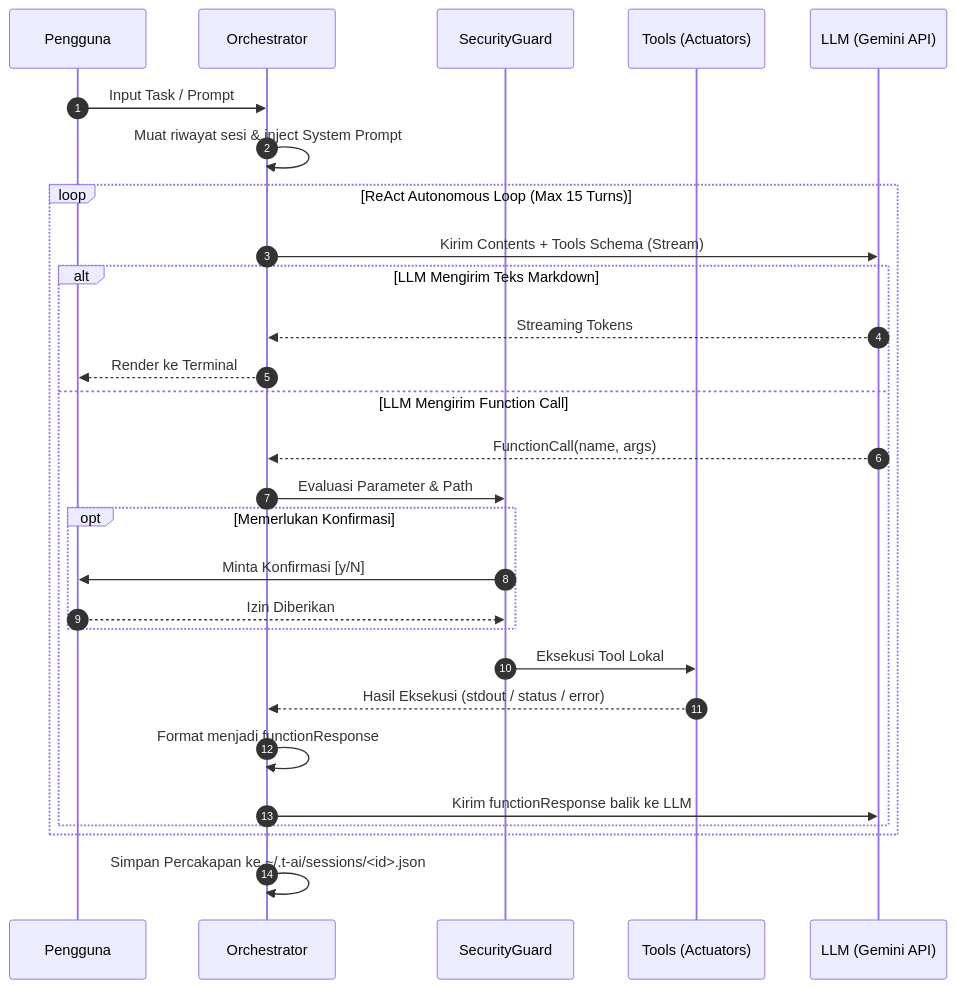
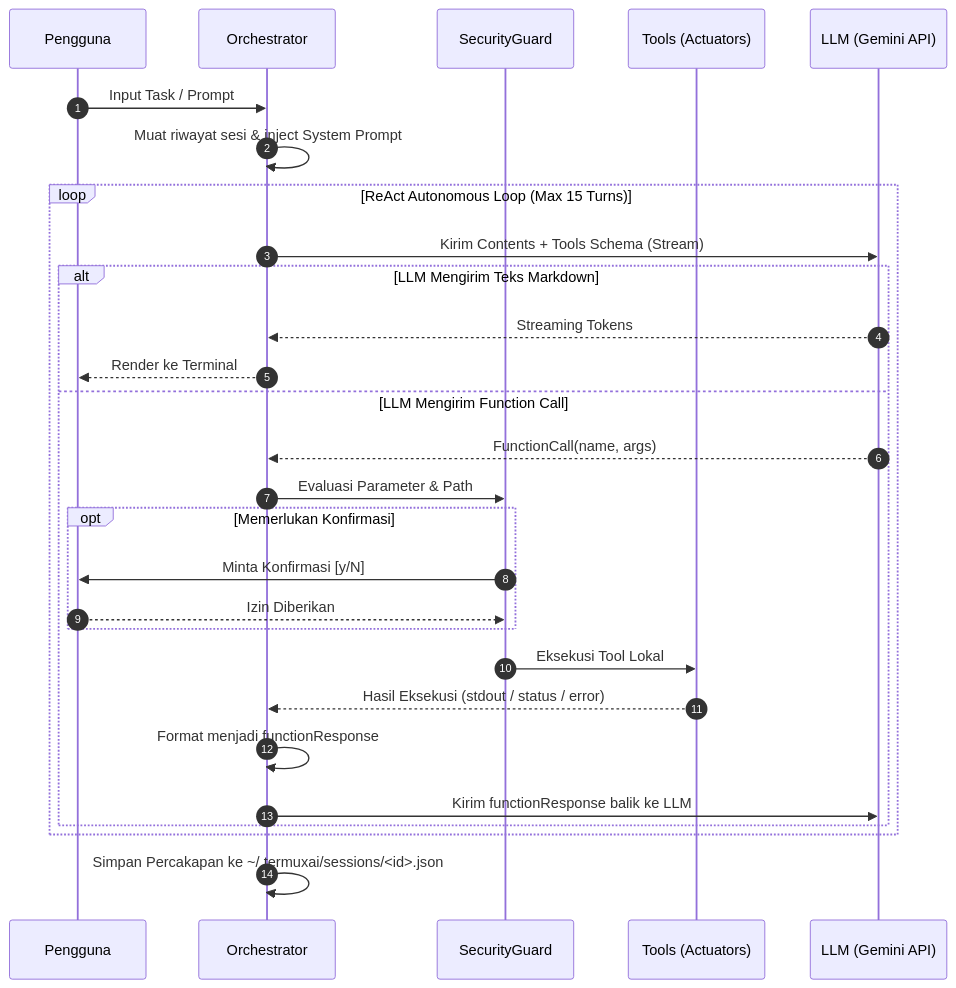
The diagram in plans/STEP_4_REACT_AGENT_SESSION.md (FAYnim/AI-Termux), drawn with Mermaid before and after one commit. The commit also changed other lines of this file and 36 other files, not shown here.

````diff
--- a/plans/STEP_4_REACT_AGENT_SESSION.md
+++ b/plans/STEP_4_REACT_AGENT_SESSION.md
@@ -53,32 +53,32 @@
 ```mermaid
 sequenceDiagram
     autonumber
     participant U as Pengguna
     participant O as Orchestrator
     participant S as SecurityGuard
     participant T as Tools (Actuators)
     participant L as LLM (Gemini API)
 
     U->>O: Input Task / Prompt
     O->>O: Muat riwayat sesi & inject System Prompt
     
     loop ReAct Autonomous Loop (Max 15 Turns)
         O->>L: Kirim Contents + Tools Schema (Stream)
         alt LLM Mengirim Teks Markdown
             L-->>O: Streaming Tokens
             O-->>U: Render ke Terminal
         else LLM Mengirim Function Call
             L-->>O: FunctionCall(name, args)
             O->>S: Evaluasi Parameter & Path
             opt Memerlukan Konfirmasi
                 S->>U: Minta Konfirmasi [y/N]
                 U-->>S: Izin Diberikan
             end
             S->>T: Eksekusi Tool Lokal
             T-->>O: Hasil Eksekusi (stdout / status / error)
             O->>O: Format menjadi functionResponse
             O->>L: Kirim functionResponse balik ke LLM
         end
     end
-    O->>O: Simpan Percakapan ke ~/.t-ai/sessions/<id>.json
+    O->>O: Simpan Percakapan ke ~/.termuxai/sessions/<id>.json
 ```
````
